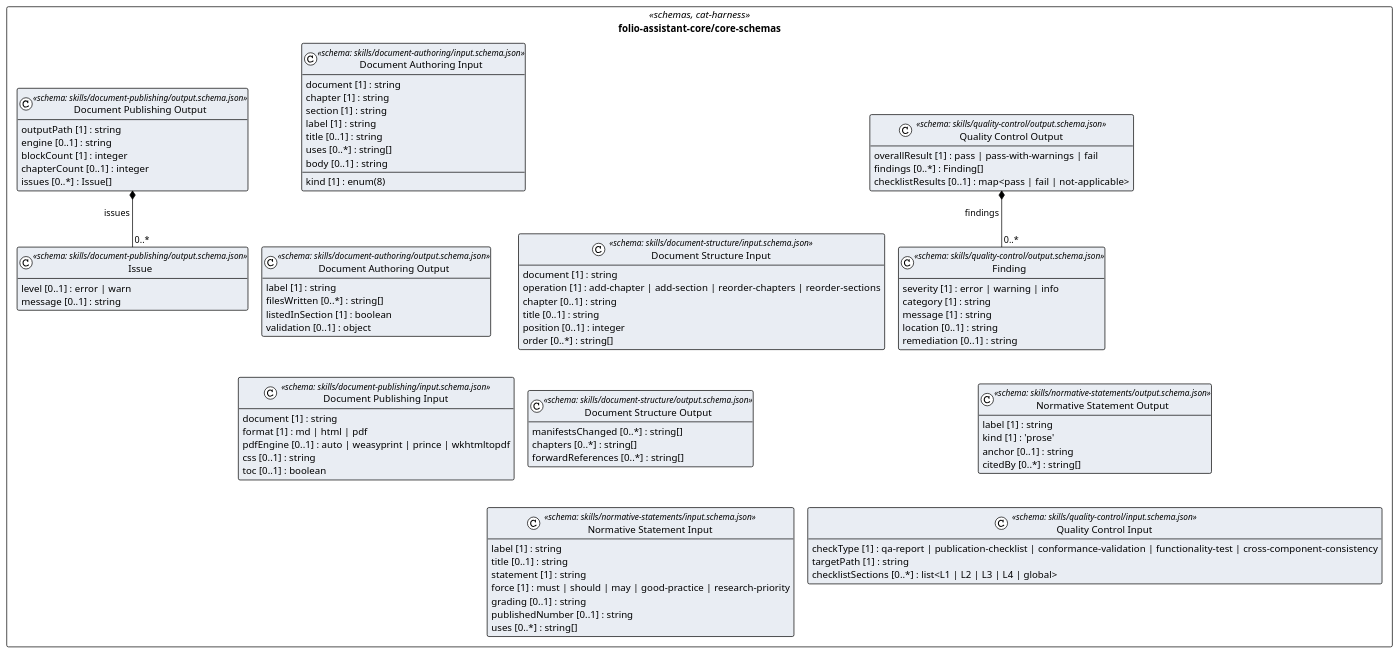
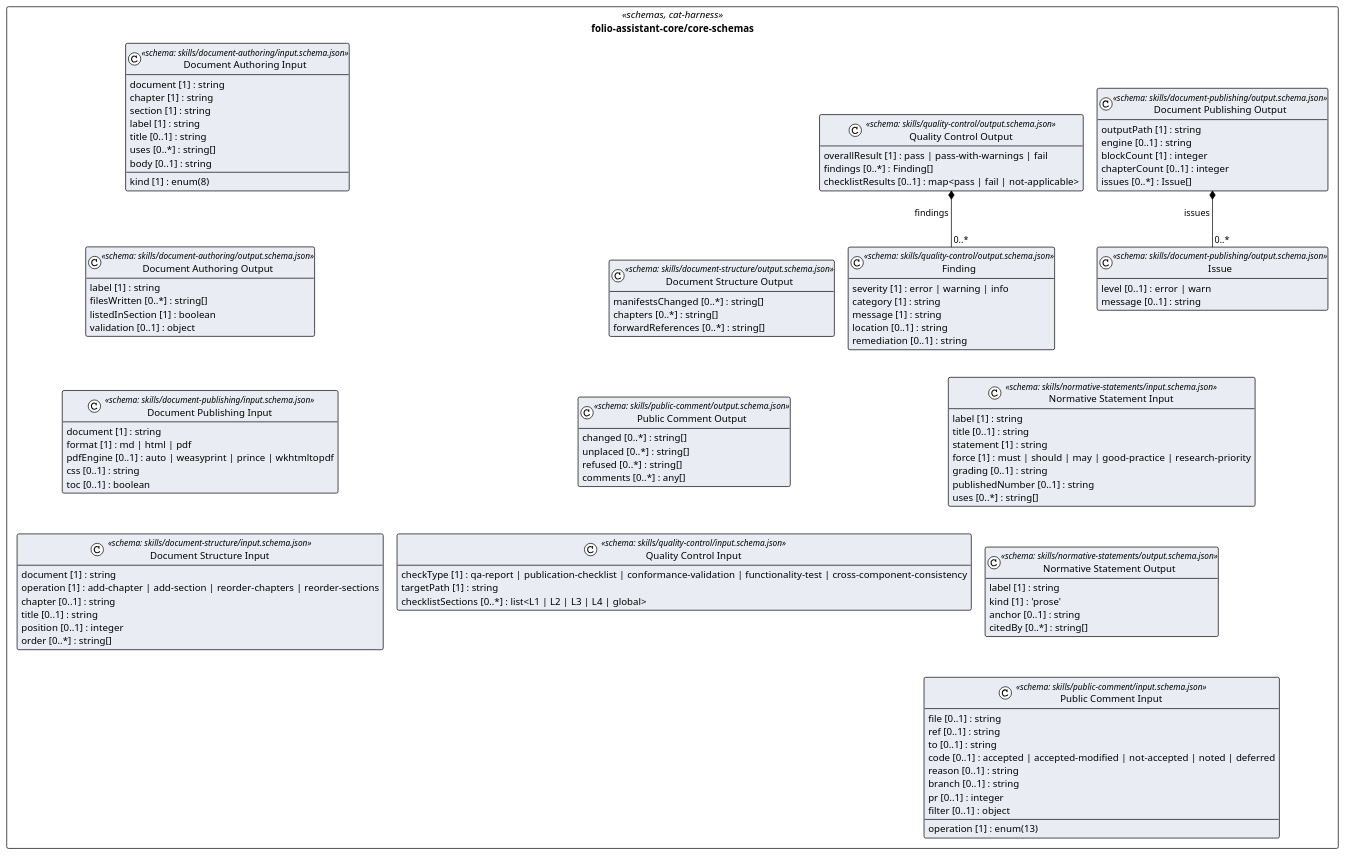
The diagram in cat-harness/uml/overview/folio-assistant-core/core-schemas.puml (litlfred/folio-assistant), drawn with PlantUML before and after one commit. The commit also changed 92 other files, not shown here.

First line of the commit message:
public comment: .docx + line-numbered PDF → editable document folio, and comment adjudication (v26p, xtpc)

```diff
--- a/cat-harness/uml/overview/folio-assistant-core/core-schemas.puml
+++ b/cat-harness/uml/overview/folio-assistant-core/core-schemas.puml
@@ -3,93 +3,110 @@
 @startuml folio_assistant_core_core_schemas
 !pragma layout elk
 !theme plain
 skinparam classAttributeIconSize 0
 skinparam shadowing false
 skinparam packageStyle rectangle
 hide empty methods
 
 package "folio-assistant-core/core-schemas" as pkg_folio_assistant_core_core_schemas <<schemas, cat-harness>> {
   class "Document Authoring Input" as folio_assistant_core_core_schemas_skills_document_authoring_input_schema_json_Document_Authoring_Input <<schema: skills/document-authoring/input.schema.json>> #e9edf3 {
     document [1] : string
     chapter [1] : string
     section [1] : string
     kind [1] : enum(8)
     label [1] : string
     title [0..1] : string
     uses [0..*] : string[]
     body [0..1] : string
   }
   class "Document Authoring Output" as folio_assistant_core_core_schemas_skills_document_authoring_output_schema_json_Document_Authoring_Output <<schema: skills/document-authoring/output.schema.json>> #e9edf3 {
     label [1] : string
     filesWritten [0..*] : string[]
     listedInSection [1] : boolean
     validation [0..1] : object
   }
   class "Document Publishing Input" as folio_assistant_core_core_schemas_skills_document_publishing_input_schema_json_Document_Publishing_Input <<schema: skills/document-publishing/input.schema.json>> #e9edf3 {
     document [1] : string
     format [1] : md | html | pdf
     pdfEngine [0..1] : auto | weasyprint | prince | wkhtmltopdf
     css [0..1] : string
     toc [0..1] : boolean
   }
   class "Issue" as folio_assistant_core_core_schemas_skills_document_publishing_output_schema_json_Issue <<schema: skills/document-publishing/output.schema.json>> #e9edf3 {
     level [0..1] : error | warn
     message [0..1] : string
   }
   class "Document Publishing Output" as folio_assistant_core_core_schemas_skills_document_publishing_output_schema_json_Document_Publishing_Output <<schema: skills/document-publishing/output.schema.json>> #e9edf3 {
     outputPath [1] : string
     engine [0..1] : string
     blockCount [1] : integer
     chapterCount [0..1] : integer
     issues [0..*] : Issue[]
   }
   class "Document Structure Input" as folio_assistant_core_core_schemas_skills_document_structure_input_schema_json_Document_Structure_Input <<schema: skills/document-structure/input.schema.json>> #e9edf3 {
     document [1] : string
     operation [1] : add-chapter | add-section | reorder-chapters | reorder-sections
     chapter [0..1] : string
     title [0..1] : string
     position [0..1] : integer
     order [0..*] : string[]
   }
   class "Document Structure Output" as folio_assistant_core_core_schemas_skills_document_structure_output_schema_json_Document_Structure_Output <<schema: skills/document-structure/output.schema.json>> #e9edf3 {
     manifestsChanged [0..*] : string[]
     chapters [0..*] : string[]
     forwardReferences [0..*] : string[]
   }
   class "Normative Statement Input" as folio_assistant_core_core_schemas_skills_normative_statements_input_schema_json_Normative_Statement_Input <<schema: skills/normative-statements/input.schema.json>> #e9edf3 {
     label [1] : string
     title [0..1] : string
     statement [1] : string
     force [1] : must | should | may | good-practice | research-priority
     grading [0..1] : string
     publishedNumber [0..1] : string
     uses [0..*] : string[]
   }
   class "Normative Statement Output" as folio_assistant_core_core_schemas_skills_normative_statements_output_schema_json_Normative_Statement_Output <<schema: skills/normative-statements/output.schema.json>> #e9edf3 {
     label [1] : string
     kind [1] : 'prose'
     anchor [0..1] : string
     citedBy [0..*] : string[]
   }
+  class "Public Comment Input" as folio_assistant_core_core_schemas_skills_public_comment_input_schema_json_Public_Comment_Input <<schema: skills/public-comment/input.schema.json>> #e9edf3 {
+    operation [1] : enum(13)
+    file [0..1] : string
+    ref [0..1] : string
+    to [0..1] : string
+    code [0..1] : accepted | accepted-modified | not-accepted | noted | deferred
+    reason [0..1] : string
+    branch [0..1] : string
+    pr [0..1] : integer
+    filter [0..1] : object
+  }
+  class "Public Comment Output" as folio_assistant_core_core_schemas_skills_public_comment_output_schema_json_Public_Comment_Output <<schema: skills/public-comment/output.schema.json>> #e9edf3 {
+    changed [0..*] : string[]
+    unplaced [0..*] : string[]
+    refused [0..*] : string[]
+    comments [0..*] : any[]
+  }
   class "Quality Control Input" as folio_assistant_core_core_schemas_skills_quality_control_input_schema_json_Quality_Control_Input <<schema: skills/quality-control/input.schema.json>> #e9edf3 {
     checkType [1] : qa-report | publication-checklist | conformance-validation | functionality-test | cross-component-consistency
     targetPath [1] : string
     checklistSections [0..*] : list<L1 | L2 | L3 | L4 | global>
   }
   class "Finding" as folio_assistant_core_core_schemas_skills_quality_control_output_schema_json_Finding <<schema: skills/quality-control/output.schema.json>> #e9edf3 {
     severity [1] : error | warning | info
     category [1] : string
     message [1] : string
     location [0..1] : string
     remediation [0..1] : string
   }
   class "Quality Control Output" as folio_assistant_core_core_schemas_skills_quality_control_output_schema_json_Quality_Control_Output <<schema: skills/quality-control/output.schema.json>> #e9edf3 {
     overallResult [1] : pass | pass-with-warnings | fail
     findings [0..*] : Finding[]
     checklistResults [0..1] : map<pass | fail | not-applicable>
   }
 }
 
 folio_assistant_core_core_schemas_skills_document_publishing_output_schema_json_Document_Publishing_Output *-- "0..*" folio_assistant_core_core_schemas_skills_document_publishing_output_schema_json_Issue : issues
 folio_assistant_core_core_schemas_skills_quality_control_output_schema_json_Quality_Control_Output *-- "0..*" folio_assistant_core_core_schemas_skills_quality_control_output_schema_json_Finding : findings
 @enduml
```
